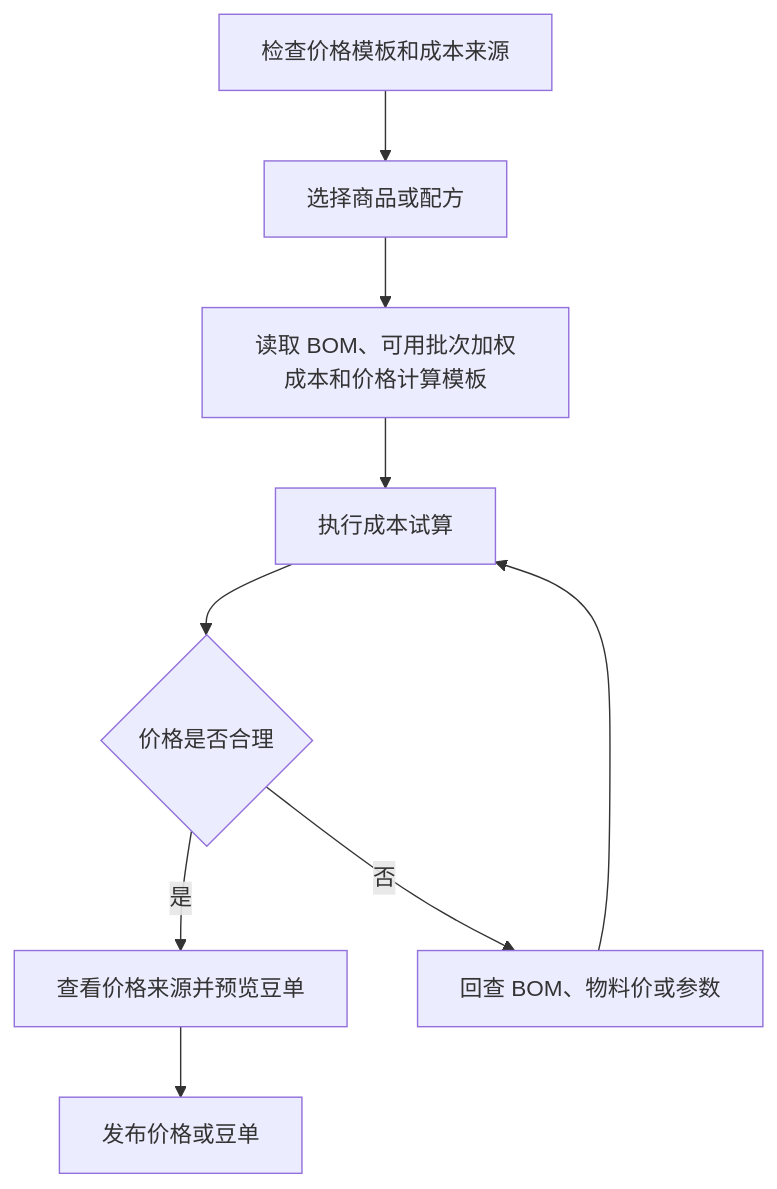
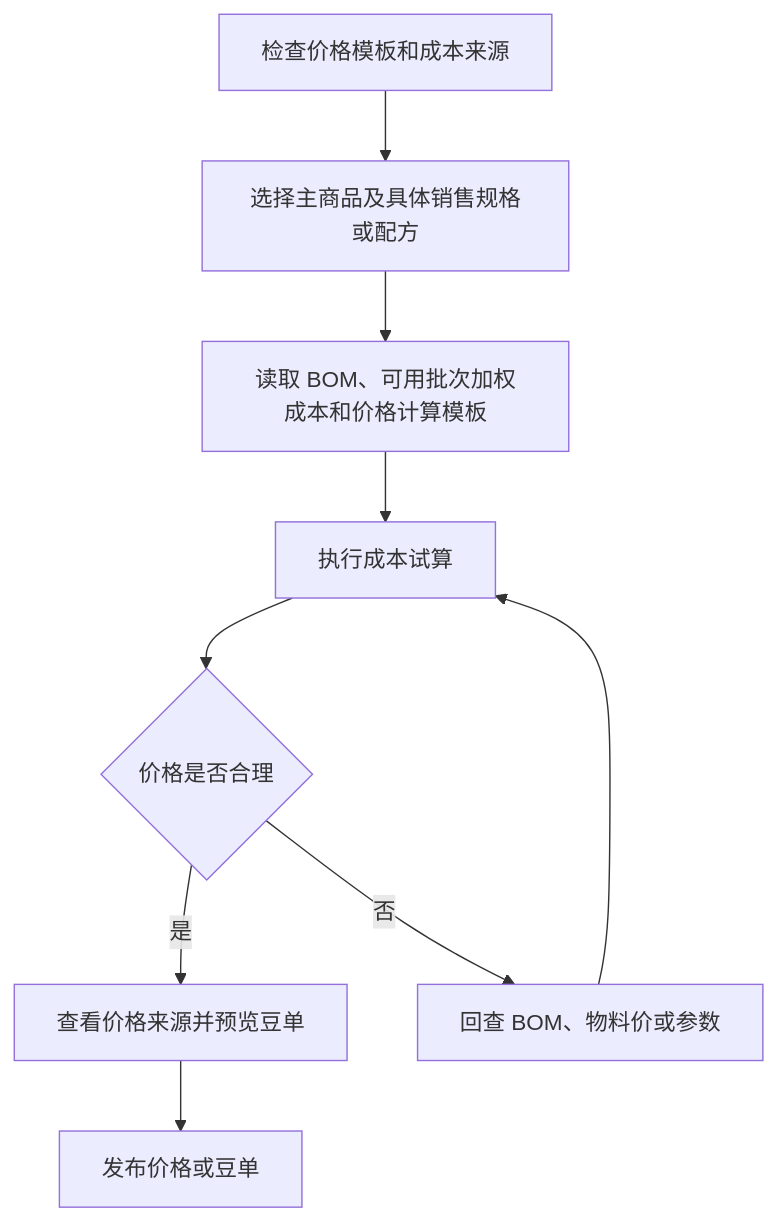
The diagram in orderapp-remote/docs/OP_MANUAL_COSTING.md (Backstage2539/KFerp), drawn with Mermaid before and after one commit. The commit also changed other lines of this file and 13 other files, not shown here.

````diff
--- a/orderapp-remote/docs/OP_MANUAL_COSTING.md
+++ b/orderapp-remote/docs/OP_MANUAL_COSTING.md
@@ -33,11 +41,11 @@
 ```mermaid
 flowchart TD
-  A["检查价格模板和成本来源"] --> B["选择商品或配方"]
+  A["检查价格模板和成本来源"] --> B["选择主商品及具体销售规格或配方"]
   B --> C["读取 BOM、可用批次加权成本和价格计算模板"]
   C --> D["执行成本试算"]
   D --> E{"价格是否合理"}
   E -->|是| F["查看价格来源并预览豆单"]
   F --> H["发布价格或豆单"]
   E -->|否| G["回查 BOM、物料价或参数"]
   G --> D
 ```
````
